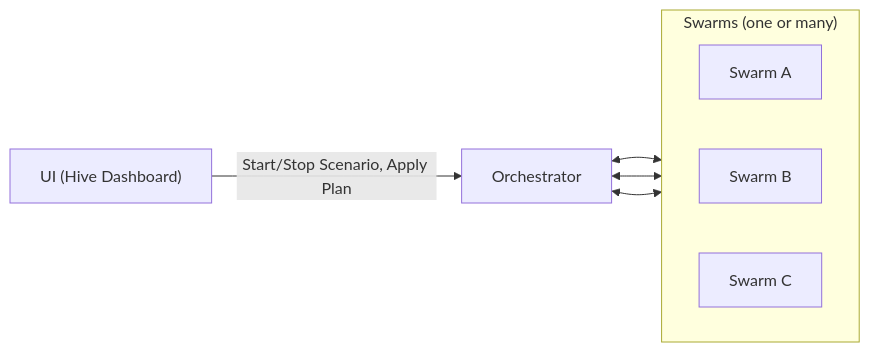
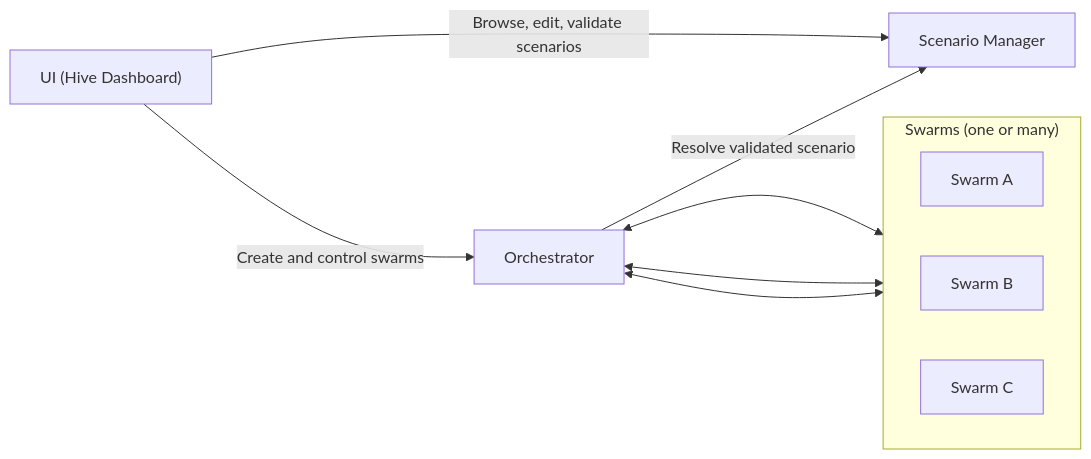
Before and after one commit to sepa79/PocketHive: the first of 3 diagrams in README.md, drawn with Mermaid. The commit also changed other lines of this file and 76 other files, not shown here.

````diff
--- a/README.md
+++ b/README.md
@@ -56,22 +74,25 @@
 ```mermaid
 flowchart LR
   UI["UI (Hive Dashboard)"]
+  SM["Scenario Manager"]
   ORCH[Orchestrator]
   S1["Swarm A"]
   S2["Swarm B"]
   S3["Swarm C"]
 
   %% Left-to-right main flow
-  UI -->|Start/Stop Scenario, Apply Plan| ORCH
+  UI -->|Browse, edit, validate scenarios| SM
+  UI -->|Create and control swarms| ORCH
+  ORCH -->|Resolve validated scenario| SM
   ORCH <--> S1
   ORCH <--> S2
   ORCH <--> S3
 
   %% Group the swarms AFTER layout is established (keeps them on the right)
   subgraph SWARMS["Swarms (one or many)"]
     direction LR
     S1
     S2
     S3
   end
 ```
````
